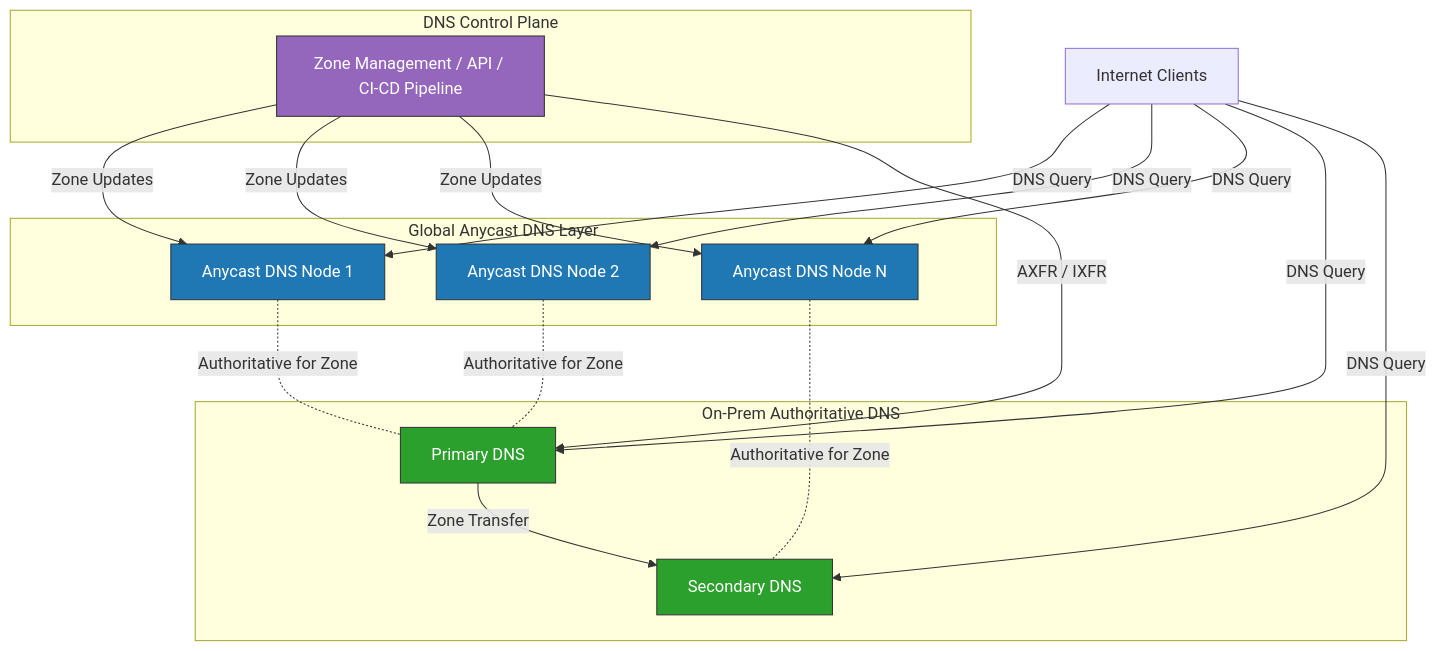
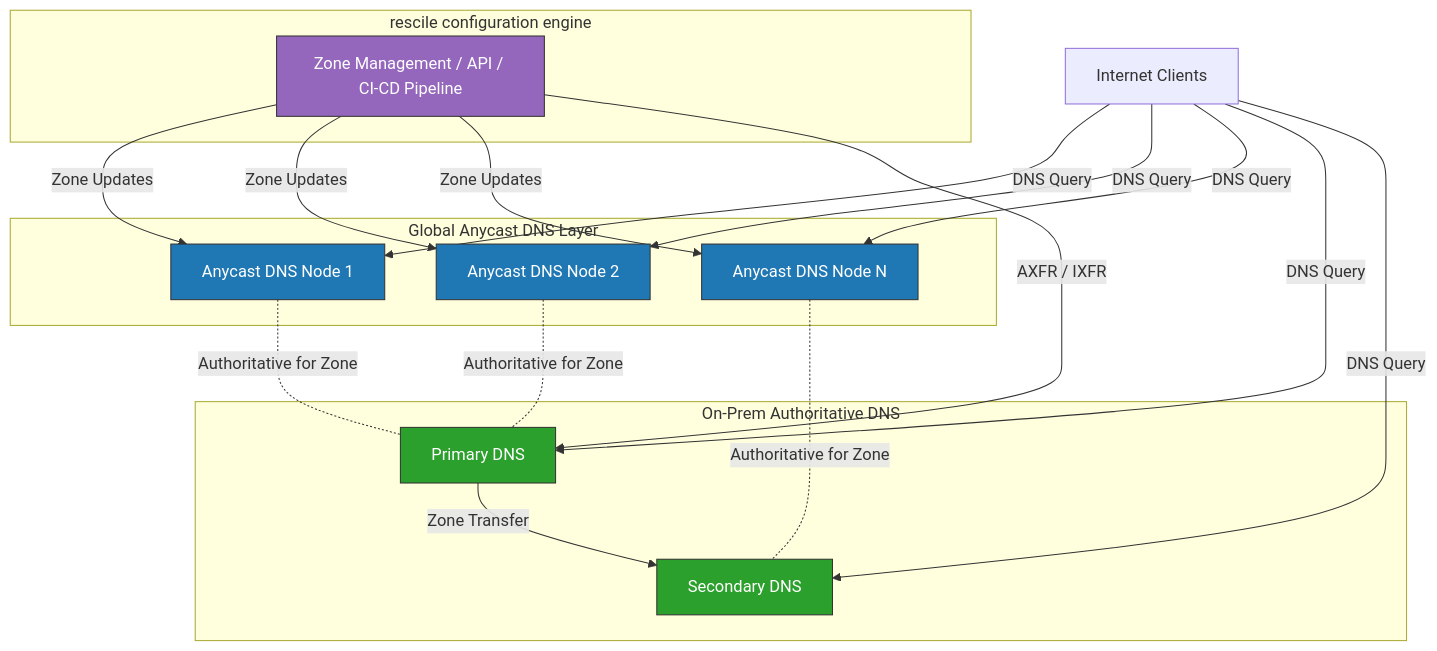
One commit to rescile/public_dns changed the diagram in README.md. Above: the diagram before and after it, drawn with Mermaid.

Commit message:
Update DNS Control Plane subgraph label

````diff
--- a/README.md
+++ b/README.md
@@ -6,51 +6,51 @@
 ```mermaid
 flowchart
 %% Clients
 C[Internet Clients]
 
 %% Anycast / Cloud Edge Layer
 subgraph EDGE["Global Anycast DNS Layer"]
     E1[Anycast DNS Node 1]
     E2[Anycast DNS Node 2]
     E3[Anycast DNS Node N]
 end
 
 %% On-Prem Layer
 subgraph ONPREM["On-Prem Authoritative DNS"]
     P1[Primary DNS]
     P2[Secondary DNS]
 end
 
 %% Control Plane
-subgraph CONTROL["DNS Control Plane"]
+subgraph CONTROL["rescile configuration engine"]
     CP[Zone Management / API / CI-CD Pipeline]
 end
 
 %% Zone Distribution
 CP -->|Zone Updates| E1
 CP -->|Zone Updates| E2
 CP -->|Zone Updates| E3
 CP -->|AXFR / IXFR| P1
 P1 -->|Zone Transfer| P2
 
 %% Client Resolution Path
 C -->|DNS Query| E1
 C -->|DNS Query| E2
 C -->|DNS Query| E3
 C -->|DNS Query| P1
 C -->|DNS Query| P2
 
 %% Logical Relationship
 E1 -. Authoritative for Zone .- P1
 E2 -. Authoritative for Zone .- P1
 E3 -. Authoritative for Zone .- P2
 
 %% Styling
 classDef edge fill:#1f77b4,stroke:#333,stroke-width:1px,color:#fff;
 classDef onprem fill:#2ca02c,stroke:#333,stroke-width:1px,color:#fff;
 classDef control fill:#9467bd,stroke:#333,stroke-width:1px,color:#fff;
 
 class E1,E2,E3 edge;
 class P1,P2 onprem;
 class CP control;
 ```
````
